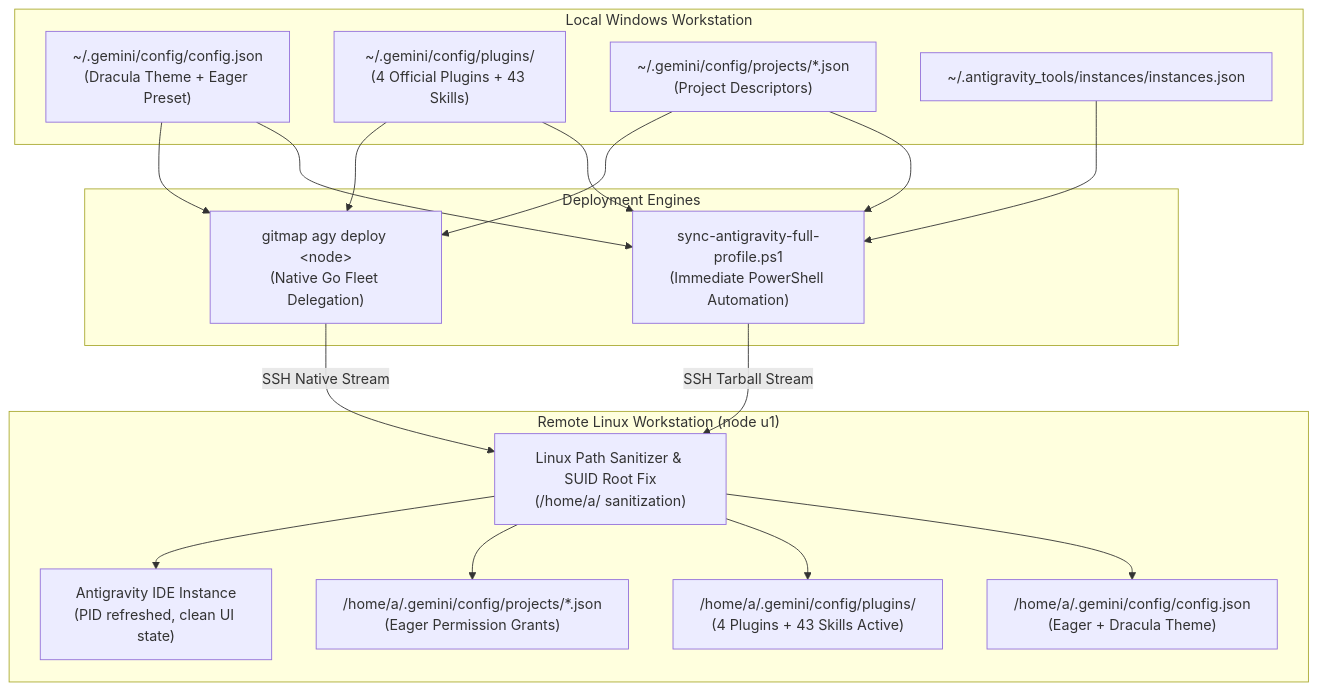
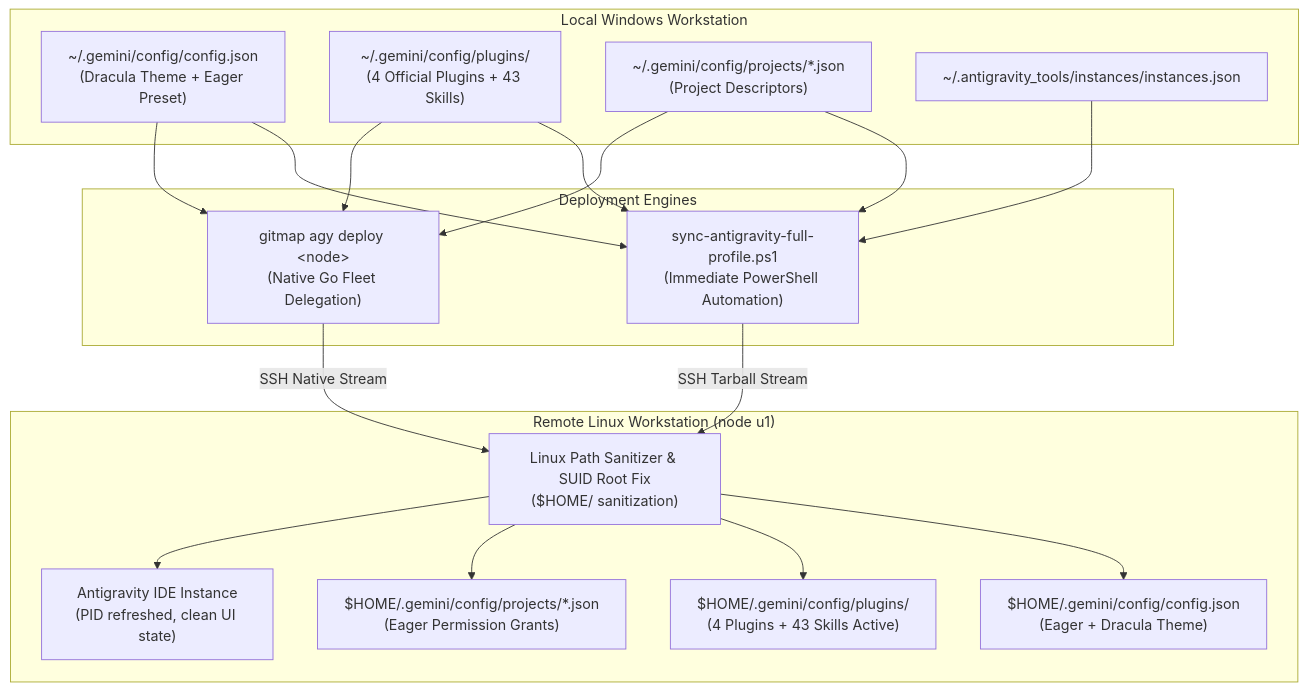
The first of 2 diagrams in 02-spec/21-app/217-antigravity-fleet-parity-theme-preset-plugins-and-delegation/02-component-and-cli-spec.md (alimtvnetwork/gitmap-v28), drawn with Mermaid before and after one commit. The commit also changed other lines of this file and 49 other files, not shown here.

````diff
--- a/02-spec/21-app/217-antigravity-fleet-parity-theme-preset-plugins-and-delegation/02-component-and-cli-spec.md
+++ b/02-spec/21-app/217-antigravity-fleet-parity-theme-preset-plugins-and-delegation/02-component-and-cli-spec.md
@@ -27,39 +27,39 @@
 ```mermaid
 flowchart TD
     subgraph Local_Windows ["Local Windows Workstation"]
         LocalConfig["~/.gemini/config/config.json<br/>(Dracula Theme + Eager Preset)"]
         LocalPlugins["~/.gemini/config/plugins/<br/>(4 Official Plugins + 43 Skills)"]
         LocalProjects["~/.gemini/config/projects/*.json<br/>(Project Descriptors)"]
         LocalInstances["~/.antigravity_tools/instances/instances.json"]
     end
 
     subgraph Orchestration ["Deployment Engines"]
         PSScript["sync-antigravity-full-profile.ps1<br/>(Immediate PowerShell Automation)"]
         GitMapCLI["gitmap agy deploy &lt;node&gt;<br/>(Native Go Fleet Delegation)"]
     end
 
     subgraph Remote_Ubuntu ["Remote Linux Workstation (node u1)"]
-        Sanitizer["Linux Path Sanitizer & SUID Root Fix<br/>(/home/a/ sanitization)"]
-        TargetConfig["/home/a/.gemini/config/config.json<br/>(Eager + Dracula Theme)"]
-        TargetPlugins["/home/a/.gemini/config/plugins/<br/>(4 Plugins + 43 Skills Active)"]
-        TargetProjects["/home/a/.gemini/config/projects/*.json<br/>(Eager Permission Grants)"]
+        Sanitizer["Linux Path Sanitizer & SUID Root Fix<br/>($HOME/ sanitization)"]
+        TargetConfig["$HOME/.gemini/config/config.json<br/>(Eager + Dracula Theme)"]
+        TargetPlugins["$HOME/.gemini/config/plugins/<br/>(4 Plugins + 43 Skills Active)"]
+        TargetProjects["$HOME/.gemini/config/projects/*.json<br/>(Eager Permission Grants)"]
         TargetIDE["Antigravity IDE Instance<br/>(PID refreshed, clean UI state)"]
     end
 
     LocalConfig --> PSScript
     LocalPlugins --> PSScript
     LocalProjects --> PSScript
     LocalInstances --> PSScript
 
     LocalConfig --> GitMapCLI
     LocalPlugins --> GitMapCLI
     LocalProjects --> GitMapCLI
 
     PSScript -->|SSH Tarball Stream| Sanitizer
     GitMapCLI -->|SSH Native Stream| Sanitizer
 
     Sanitizer --> TargetConfig
     Sanitizer --> TargetPlugins
     Sanitizer --> TargetProjects
     Sanitizer --> TargetIDE
 ```
````
